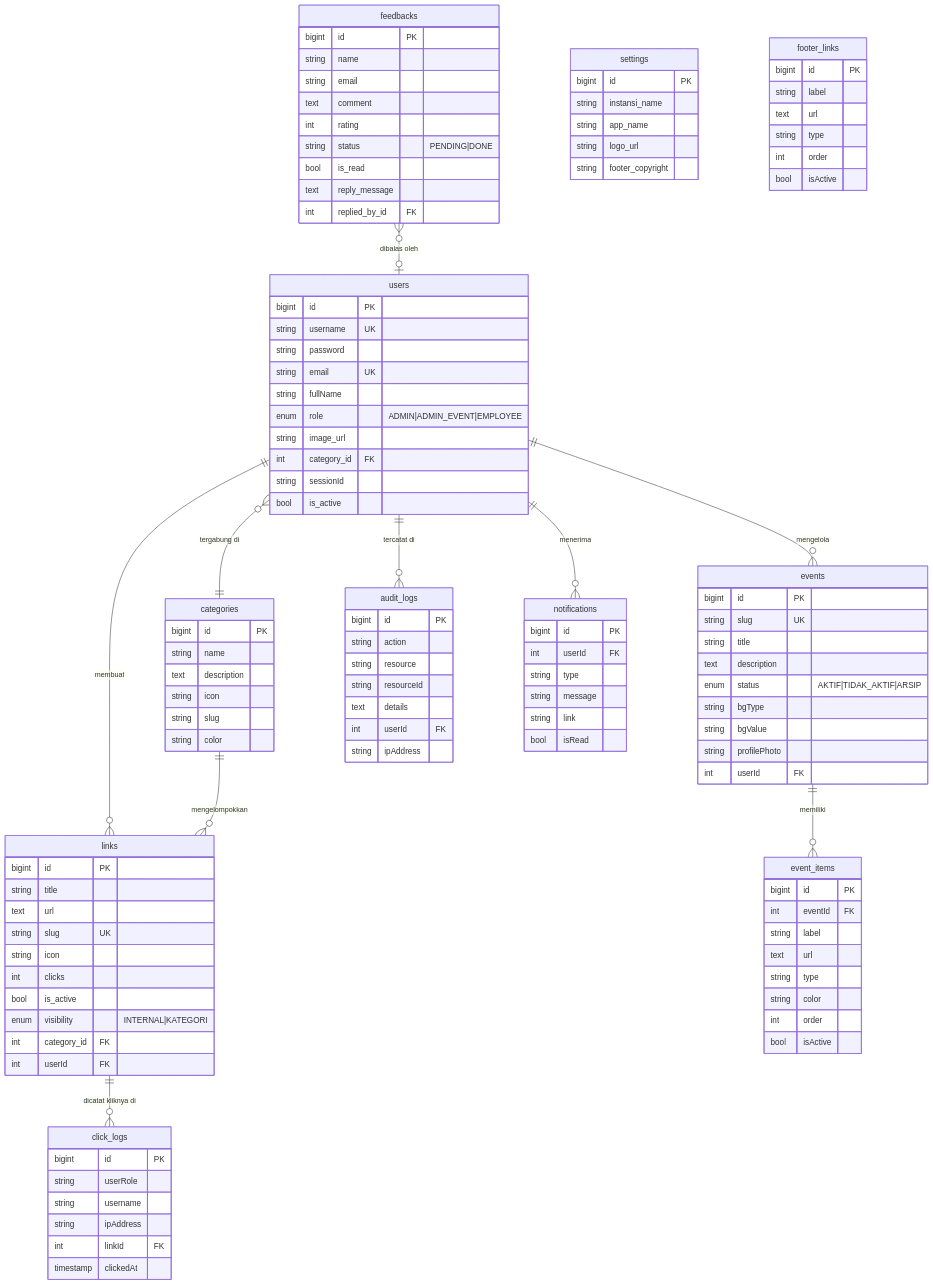
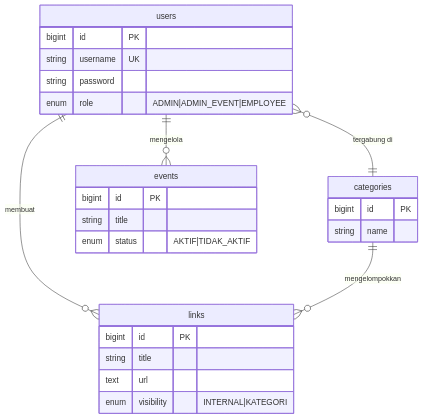
One commit to jarga99/Sigap_laravel changed the diagram in README.md. Above: the diagram before and after it, drawn with Mermaid. The commit also changed other lines of this file and 2 other files, not shown here.

````diff
--- a/README.md
+++ b/README.md
@@ -48,114 +47,25 @@
         bigint id PK
         string username UK
         string password
-        string email UK
-        string fullName
         enum role "ADMIN|ADMIN_EVENT|EMPLOYEE"
-        string image_url
-        int category_id FK
-        string sessionId
-        bool is_active
     }
     categories {
         bigint id PK
         string name
-        text description
-        string icon
-        string slug
-        string color
     }
     links {
         bigint id PK
         string title
         text url
-        string slug UK
-        string icon
-        int clicks
-        bool is_active
         enum visibility "INTERNAL|KATEGORI"
-        int category_id FK
-        int userId FK
-    }
-    click_logs {
-        bigint id PK
-        string userRole
-        string username
-        string ipAddress
-        int linkId FK
-        timestamp clickedAt
     }
     events {
         bigint id PK
-        string slug UK
         string title
-        text description
-        enum status "AKTIF|TIDAK_AKTIF|ARSIP"
-        string bgType
-        string bgValue
-        string profilePhoto
-        int userId FK
+        enum status "AKTIF|TIDAK_AKTIF"
     }
-    event_items {
-        bigint id PK
-        int eventId FK
-        string label
-        text url
-        string type
-        string color
-        int order
-        bool isActive
-    }
-    feedbacks {
-        bigint id PK
-        string name
-        string email
-        text comment
-        int rating
-        string status "PENDING|DONE"
-        bool is_read
-        text reply_message
-        int replied_by_id FK
-    }
-    audit_logs {
-        bigint id PK
-        string action
-        string resource
-        string resourceId
-        text details
-        int userId FK
-        string ipAddress
-    }
-    notifications {
-        bigint id PK
-        int userId FK
-        string type
-        string message
-        string link
-        bool isRead
-    }
-    settings {
-        bigint id PK
-        string instansi_name
-        string app_name
-        string logo_url
-        string footer_copyright
-    }
-    footer_links {
-        bigint id PK
-        string label
-        text url
-        string type
-        int order
-        bool isActive
-    }
-
     users ||--o{ links : "membuat"
     users ||--o{ events : "mengelola"
-    users ||--o{ audit_logs : "tercatat di"
-    users ||--o{ notifications : "menerima"
     users }o--|| categories : "tergabung di"
     categories ||--o{ links : "mengelompokkan"
-    links ||--o{ click_logs : "dicatat kliknya di"
-    events ||--o{ event_items : "memiliki"
-    feedbacks }o--o| users : "dibalas oleh"
 ```
````
